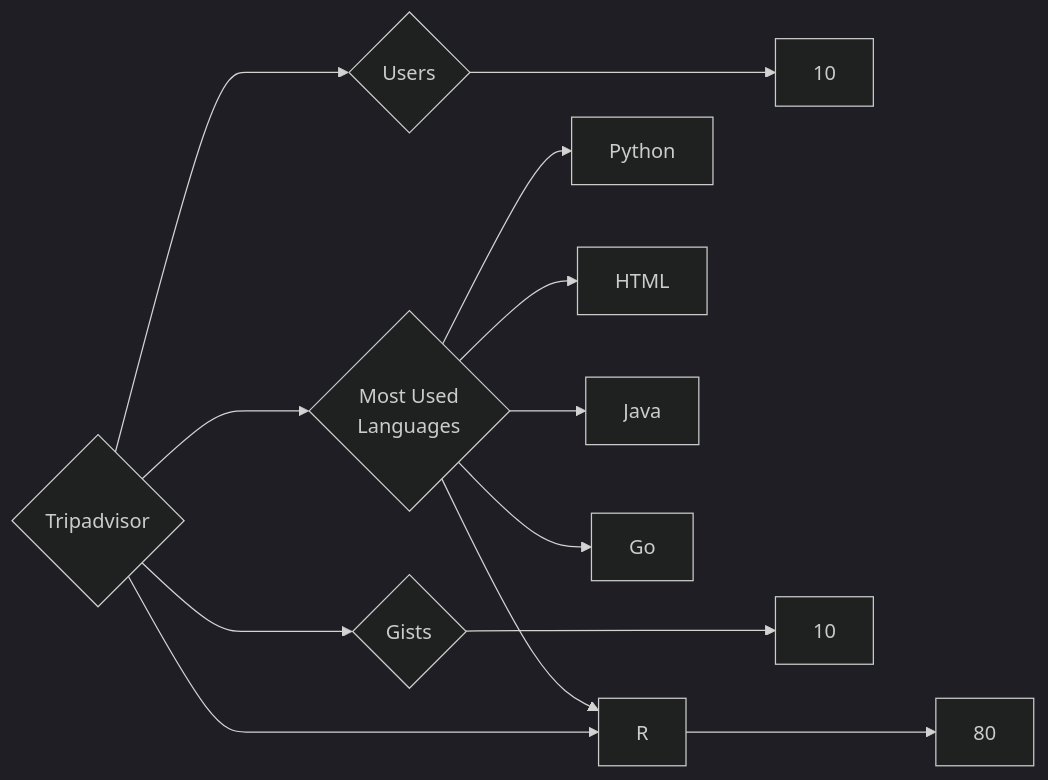
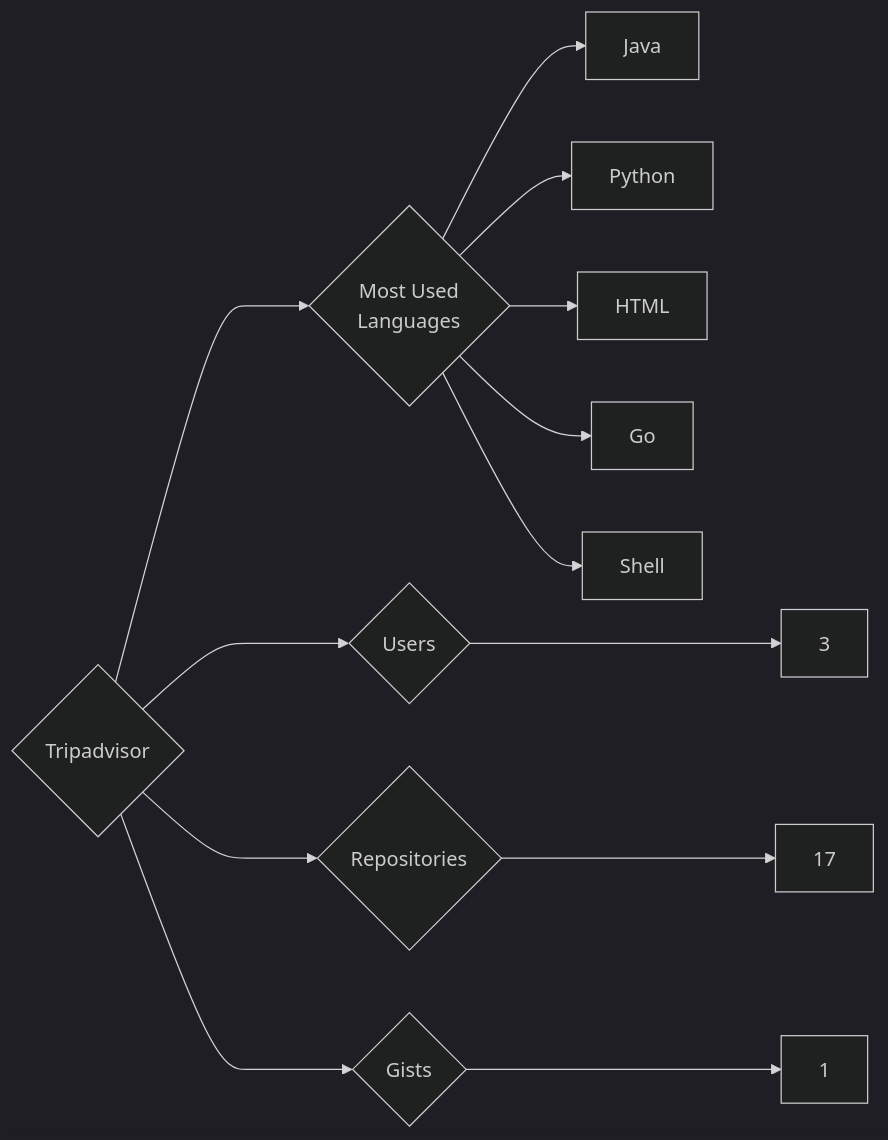
One commit to trickest/insiders changed the diagram in targets/Tripadvisor/README.md. Above: the diagram before and after it, drawn with Mermaid (dark theme). The commit also changed 940 other files, not shown here.

````diff
--- a/targets/Tripadvisor/README.md
+++ b/targets/Tripadvisor/README.md
@@ -3,13 +3,13 @@
 ```mermaid
 graph LR
 COMPANY_NAME{Tripadvisor}
-COMPANY_NAME ---> U{Users} ---> UN[10]
-COMPANY_NAME ---> R{Repositories} ---> RN[80]
-COMPANY_NAME ---> G{Gists} ---> GN[10]
+COMPANY_NAME ---> U{Users} ---> UN[3]
+COMPANY_NAME ---> R{Repositories} ---> RN[17]
+COMPANY_NAME ---> G{Gists} ---> GN[1]
 COMPANY_NAME ---> ML{Most Used<br>Languages}
+ML --> Java[Java]
 ML --> Python[Python]
 ML --> HTML[HTML]
-ML --> Java[Java]
 ML --> Go[Go]
-ML --> R[R]
+ML --> Shell[Shell]
 ```
````
